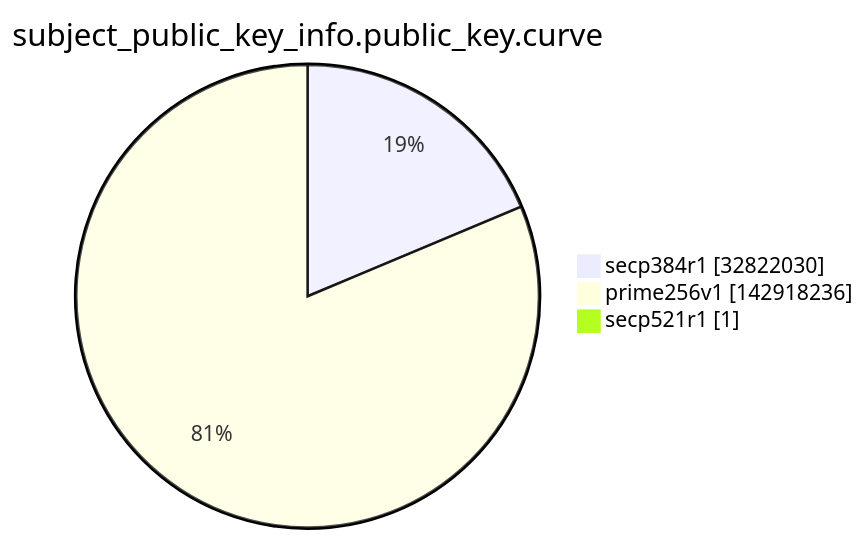
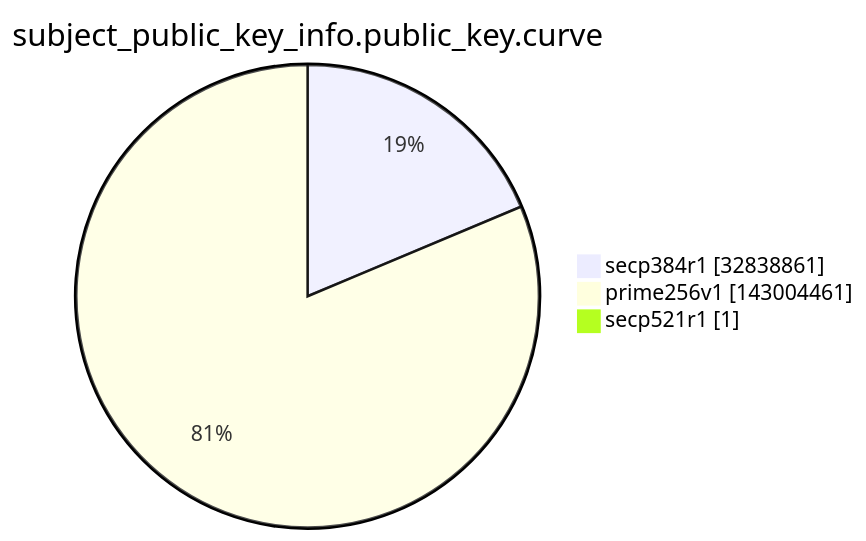
Before and after one commit to christiankrug/ctmonitor_visualization: the ninth of 15 diagrams in argon2022/README.md, drawn with Mermaid. The commit also changed other lines of this file, not shown here.

````diff
--- a/argon2022/README.md
+++ b/argon2022/README.md
@@ -2764,7 +2764,7 @@
 ```mermaid
 pie showData
 title subject_public_key_info.public_key.curve
-"secp384r1" :32822030
-"prime256v1" :142918236
+"secp384r1" :32838861
+"prime256v1" :143004461
 "secp521r1" :1
 ```
````
